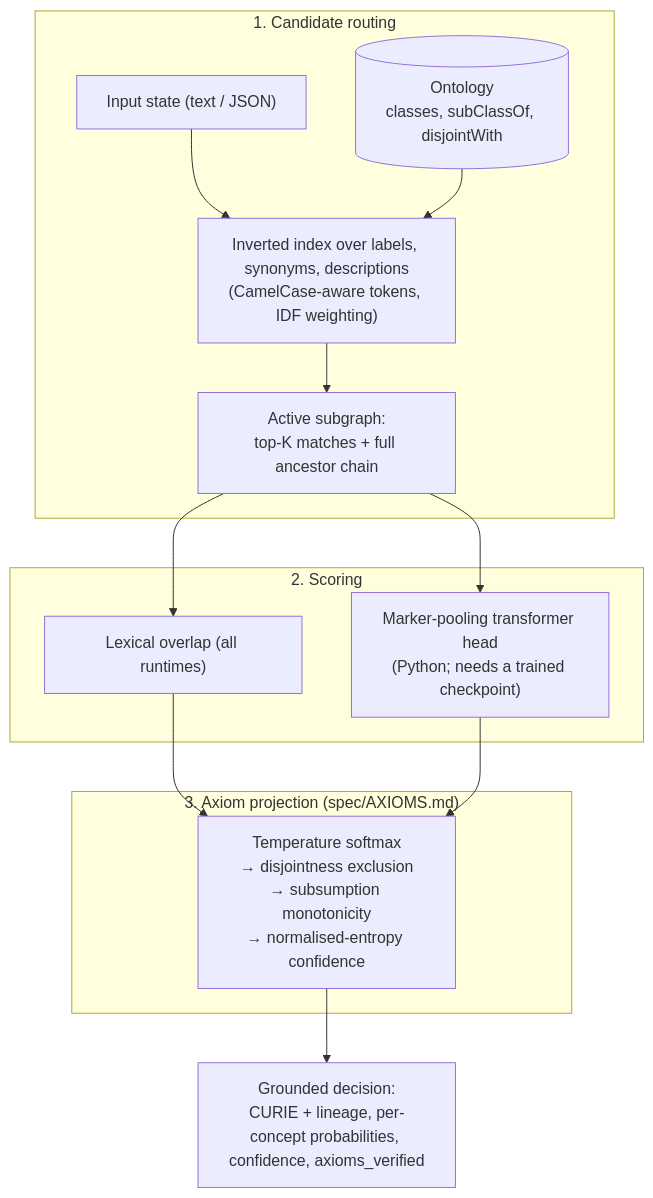
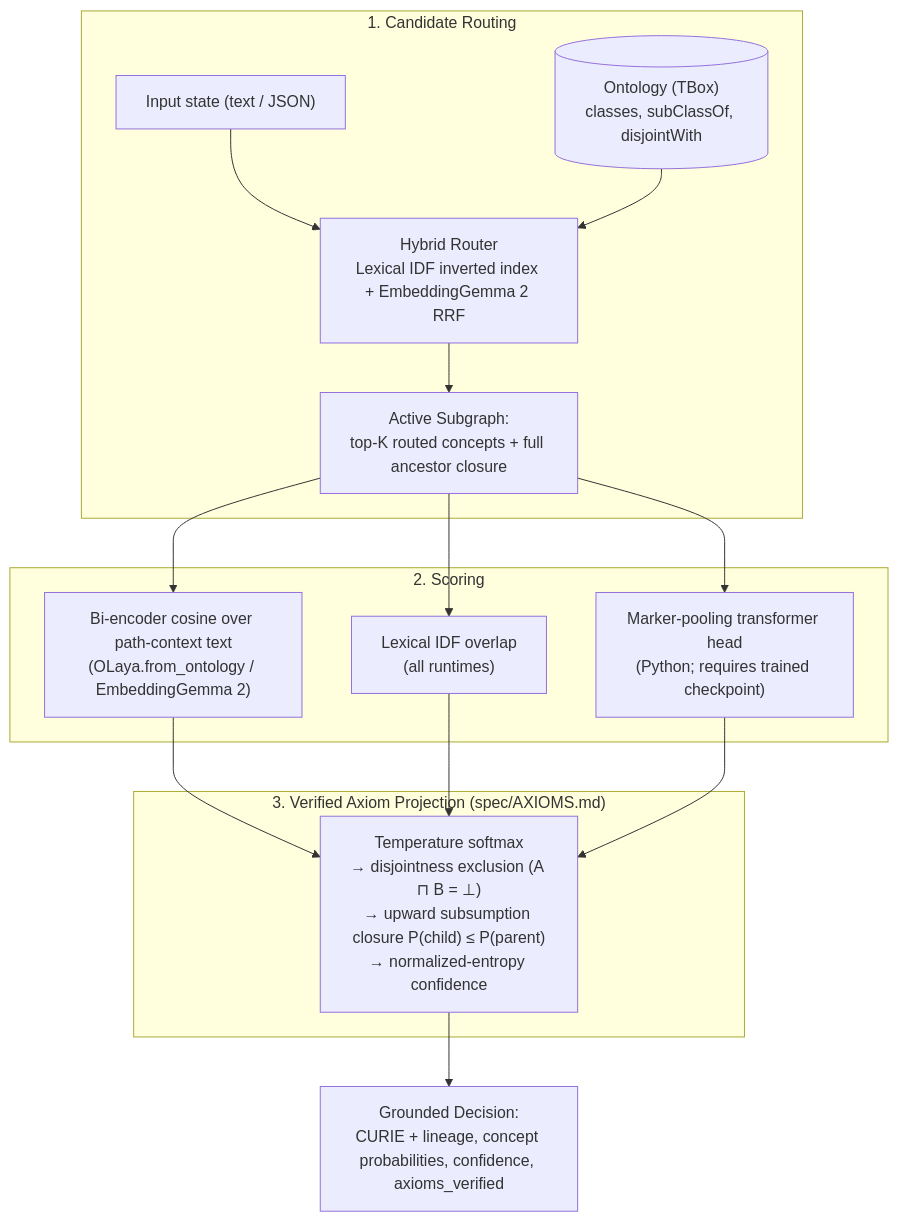
One commit to josaum/olaya changed the diagram in README.md. Above: the diagram before and after it, drawn with Mermaid. The commit also changed other lines of this file, not shown here.

````diff
--- a/README.md
+++ b/README.md
@@ -125,19 +158,20 @@
 ```mermaid
 flowchart TD
-    subgraph "1. Candidate routing"
-        State["Input state (text / JSON)"] --> Router["Inverted index over labels, synonyms, descriptions<br/>(CamelCase-aware tokens, IDF weighting)"]
-        Onto[("Ontology<br/>classes, subClassOf, disjointWith")] --> Router
-        Router --> Sub["Active subgraph:<br/>top-K matches + full ancestor chain"]
+    subgraph "1. Candidate Routing"
+        State["Input state (text / JSON)"] --> Router["Hybrid Router<br/>Lexical IDF inverted index + EmbeddingGemma 2 RRF"]
+        Onto[("Ontology (TBox)<br/>classes, subClassOf, disjointWith")] --> Router
+        Router --> Sub["Active Subgraph:<br/>top-K routed concepts + full ancestor closure"]
     end
 
     subgraph "2. Scoring"
-        Sub --> Lex["Lexical overlap (all runtimes)"]
-        Sub --> Neural["Marker-pooling transformer head<br/>(Python; needs a trained checkpoint)"]
+        Sub --> BiEnc["Bi-encoder cosine over path-context text<br/>(OLaya.from_ontology / EmbeddingGemma 2)"]
+        Sub --> Lex["Lexical IDF overlap<br/>(all runtimes)"]
+        Sub --> Neural["Marker-pooling transformer head<br/>(Python; requires trained checkpoint)"]
     end
 
-    subgraph "3. Axiom projection (spec/AXIOMS.md)"
-        Lex & Neural --> Proj["Temperature softmax<br/>→ disjointness exclusion<br/>→ subsumption monotonicity<br/>→ normalised-entropy confidence"]
+    subgraph "3. Verified Axiom Projection (spec/AXIOMS.md)"
+        BiEnc & Lex & Neural --> Proj["Temperature softmax<br/>→ disjointness exclusion (A ⊓ B = ⊥)<br/>→ upward subsumption closure P(child) ≤ P(parent)<br/>→ normalized-entropy confidence"]
     end
 
-    Proj --> Out["Grounded decision:<br/>CURIE + lineage, per-concept probabilities, confidence, axioms_verified"]
+    Proj --> Out["Grounded Decision:<br/>CURIE + lineage, concept probabilities, confidence, axioms_verified"]
 ```
````
